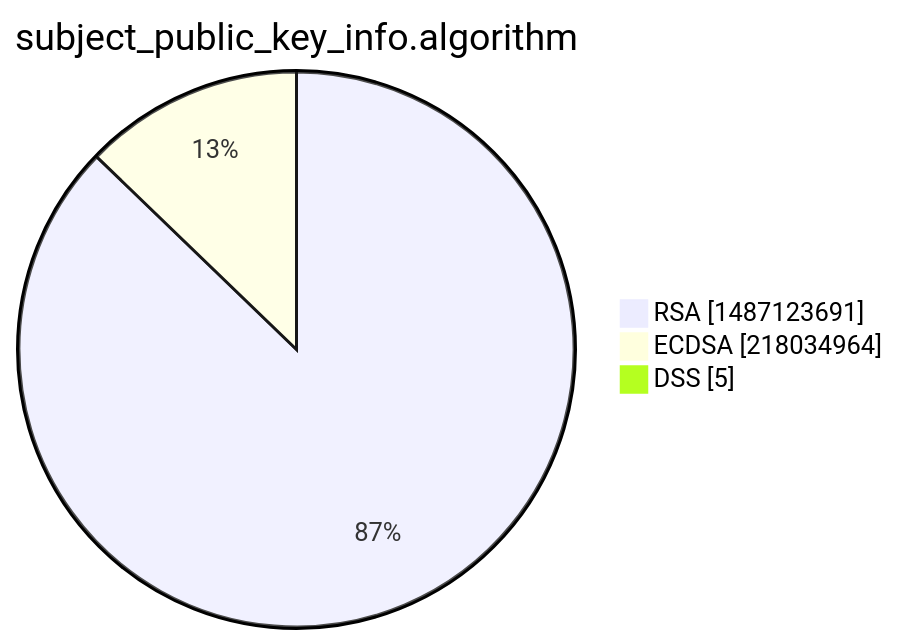
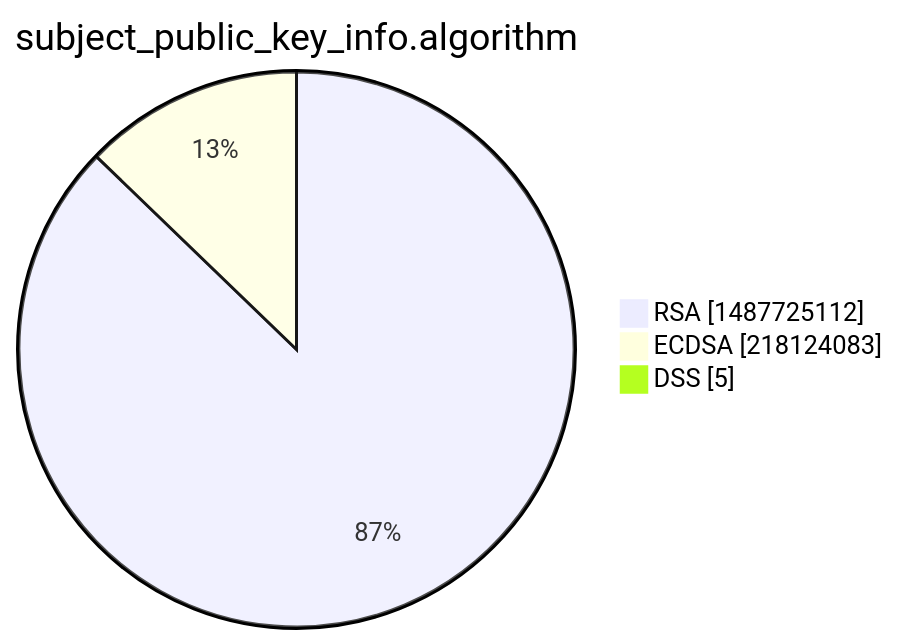
The third of 15 diagrams in xenon2022/README.md (christiankrug/ctmonitor_visualization), drawn with Mermaid before and after one commit. The commit also changed other lines of this file, not shown here.

````diff
--- a/xenon2022/README.md
+++ b/xenon2022/README.md
@@ -14,7 +14,7 @@
 ```mermaid
 pie showData
 title subject_public_key_info.algorithm
-"RSA" :1487123691
-"ECDSA" :218034964
+"RSA" :1487725112
+"ECDSA" :218124083
 "DSS" :5
 ```
````
